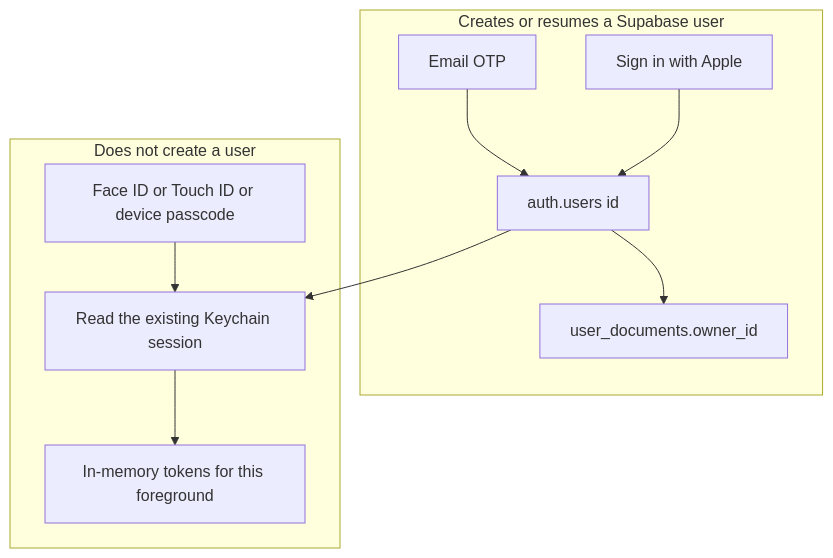
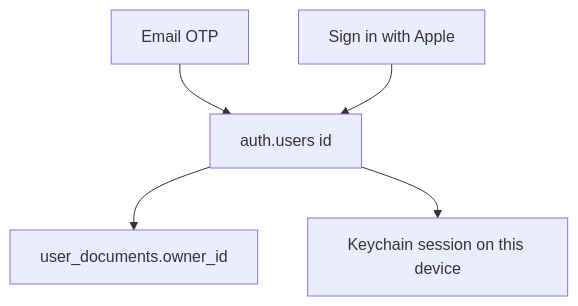
One commit to Poyen-Chen/TravelGenius changed the first of 3 diagrams in docs/design-apple-sign-in.md. Above: the diagram before and after it, drawn with Mermaid. The commit also changed other lines of this file and 1 other file, not shown here.

First line of the commit message:
docs: 移除設計文件中的個人帳號資料與已不採用的 Face ID 解鎖段落

````diff
--- a/docs/design-apple-sign-in.md
+++ b/docs/design-apple-sign-in.md
@@ -90,16 +82,7 @@
 ```mermaid
 flowchart TD
-    subgraph identity [Creates or resumes a Supabase user]
-        email[Email OTP]
-        apple[Sign in with Apple]
-        email --> gotrue[auth.users id]
-        apple --> gotrue
-        gotrue --> docs[user_documents.owner_id]
-    end
-    subgraph device [Does not create a user]
-        face[Face ID or Touch ID or device passcode]
-        face --> kc[Read the existing Keychain session]
-        kc --> mem[In-memory tokens for this foreground]
-    end
-    gotrue --> kc
+    email[Email OTP] --> gotrue[auth.users id]
+    apple[Sign in with Apple] --> gotrue
+    gotrue --> docs[user_documents.owner_id]
+    gotrue --> kc[Keychain session on this device]
 ```
````
